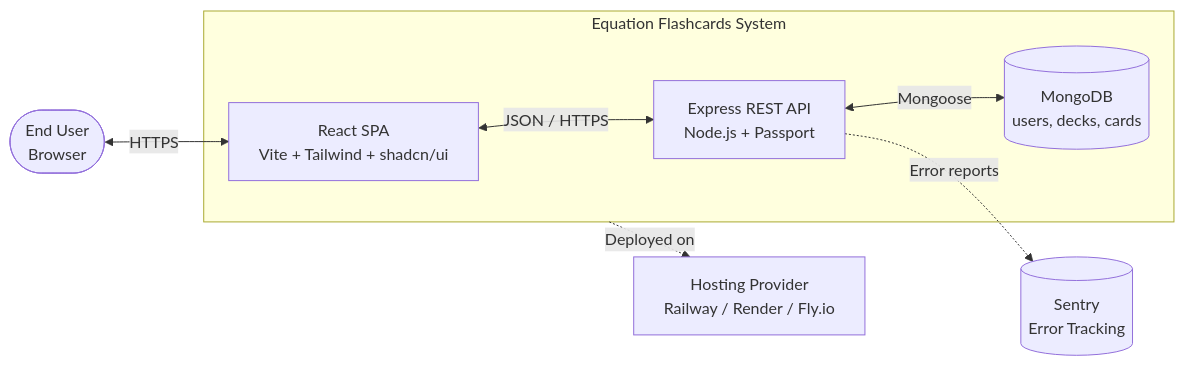
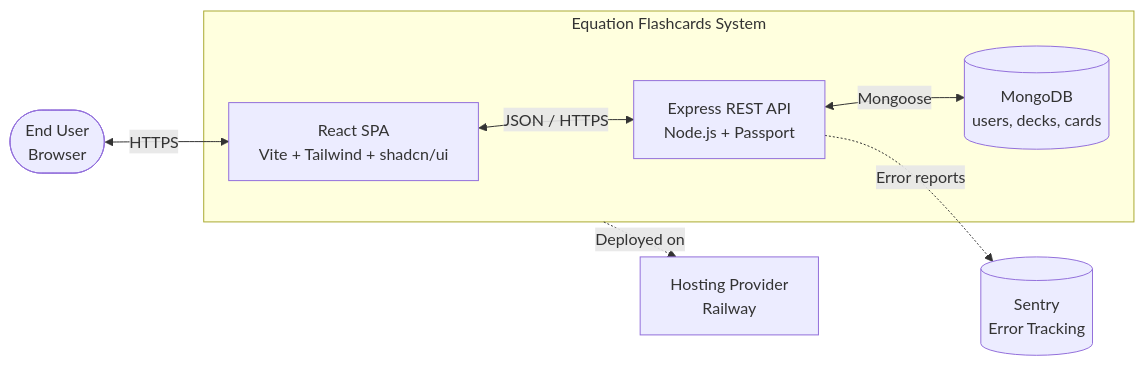
The first of 4 diagrams in docs/SRS.md (FelixLeitz/equation-flashcards), drawn with Mermaid before and after one commit. The commit also changed other lines of this file and 8 other files, not shown here.

````diff
--- a/docs/SRS.md
+++ b/docs/SRS.md
@@ -770,19 +771,19 @@
 ```mermaid
 flowchart LR
     User([End User<br/>Browser])
 
     subgraph EquationFlashcards [Equation Flashcards System]
         FE[React SPA<br/>Vite + Tailwind + shadcn/ui]
         BE[Express REST API<br/>Node.js + Passport]
         DB[(MongoDB<br/>users, decks, cards)]
         FE <-->|JSON / HTTPS| BE
         BE <-->|Mongoose| DB
     end
 
     Sentry[(Sentry<br/>Error Tracking)]
-    Host[Hosting Provider<br/>Railway / Render / Fly.io]
+    Host[Hosting Provider<br/>Railway]
 
     User <-->|HTTPS| FE
     BE -.->|Error reports| Sentry
     EquationFlashcards -.->|Deployed on| Host
 ```
````
